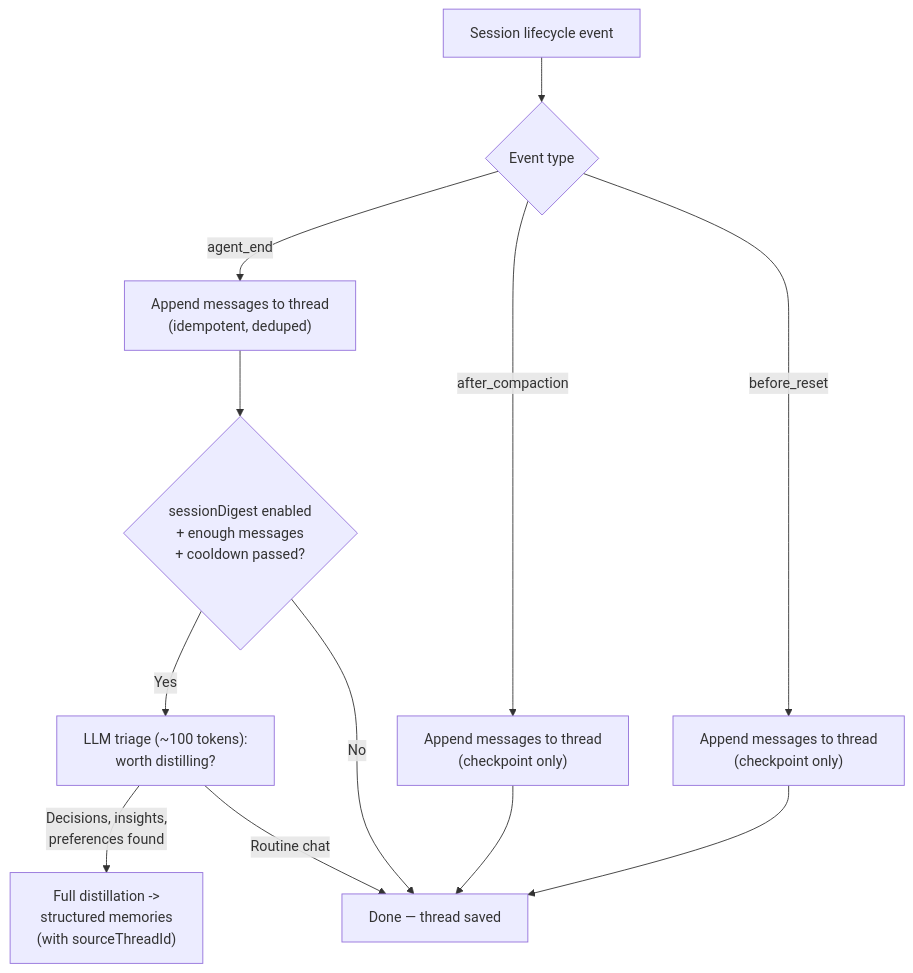
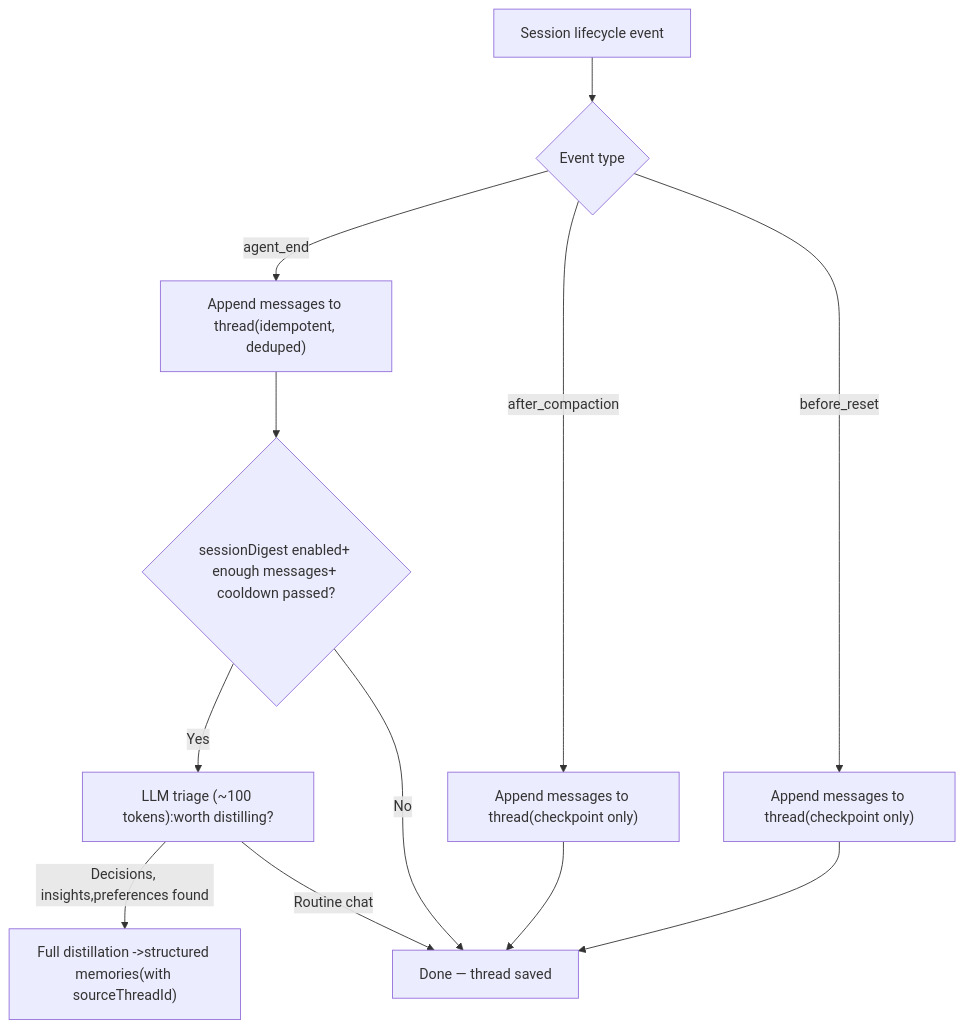
One commit to nowledge-co/community changed the second of 5 diagrams in nowledge-mem-openclaw-plugin/README.md. Above: the diagram before and after it, drawn with Mermaid. The commit also changed other lines of this file and 4 other files, not shown here.

````diff
--- a/nowledge-mem-openclaw-plugin/README.md
+++ b/nowledge-mem-openclaw-plugin/README.md
@@ -107,17 +107,17 @@
 ```mermaid
 flowchart TD
     A["Session lifecycle event"] --> B{"Event type"}
 
-    B -->|"agent_end"| C["Append messages to thread\n(idempotent, deduped)"]
-    B -->|"after_compaction"| D["Append messages to thread\n(checkpoint only)"]
-    B -->|"before_reset"| E["Append messages to thread\n(checkpoint only)"]
+    B -->|"agent_end"| C["Append messages to thread(idempotent, deduped)"]
+    B -->|"after_compaction"| D["Append messages to thread(checkpoint only)"]
+    B -->|"before_reset"| E["Append messages to thread(checkpoint only)"]
 
-    C --> F{"sessionDigest enabled\n+ enough messages\n+ cooldown passed?"}
-    F -->|"Yes"| G["LLM triage (~100 tokens):\nworth distilling?"]
+    C --> F{"sessionDigest enabled+ enough messages+ cooldown passed?"}
+    F -->|"Yes"| G["LLM triage (~100 tokens):worth distilling?"]
     F -->|"No"| H["Done — thread saved"]
-    G -->|"Decisions, insights,\npreferences found"| I["Full distillation ->\nstructured memories\n(with sourceThreadId)"]
+    G -->|"Decisions, insights,preferences found"| I["Full distillation ->structured memories(with sourceThreadId)"]
     G -->|"Routine chat"| H
 
     D --> H
     E --> H
 ```
````
